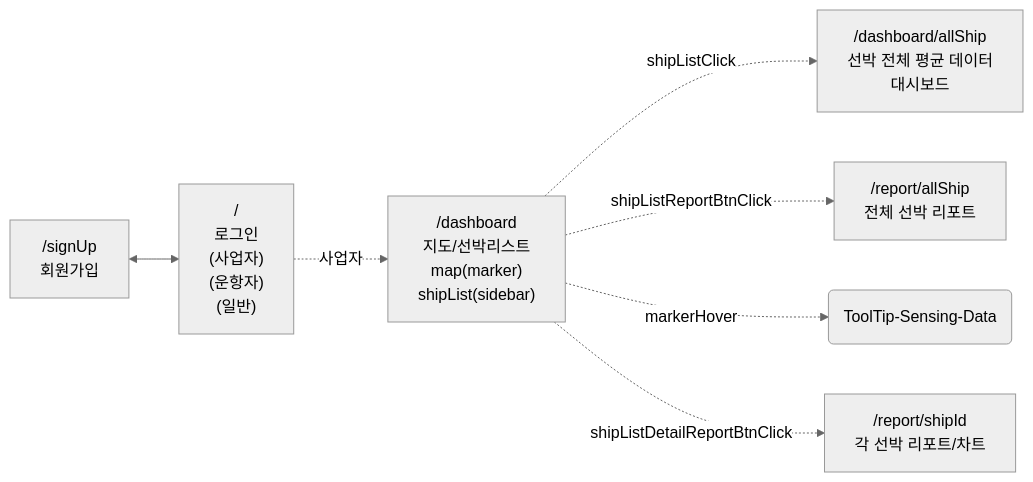
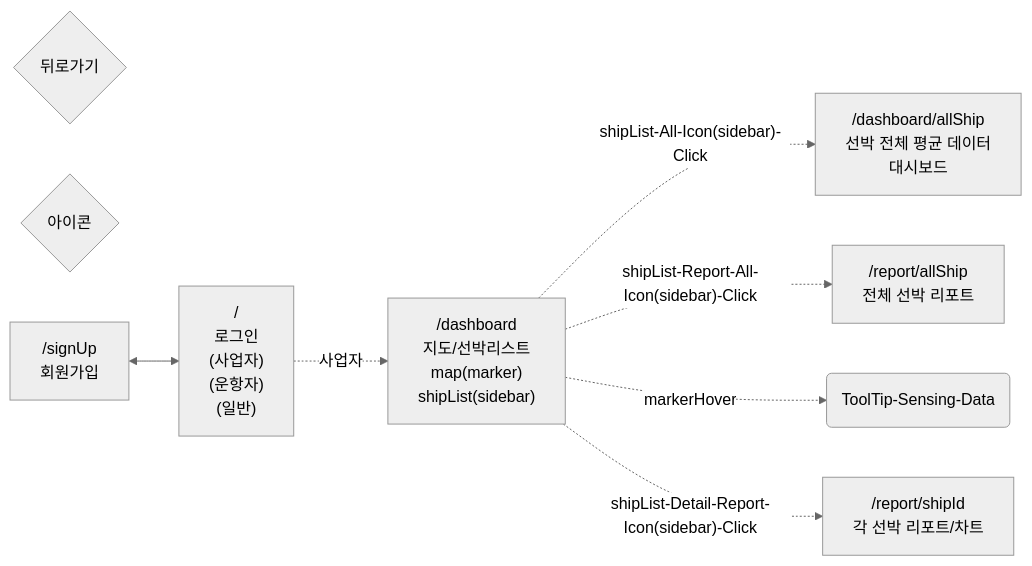
Before and after one commit to SAHA-YJB/IoT-page-flow: the diagram in ioTUserFlow.md, drawn with Mermaid (neutral theme).

Commit message:
edit side bar

````diff
--- a/ioTUserFlow.md
+++ b/ioTUserFlow.md
@@ -3,34 +3,37 @@
 ```mermaid
 flowchart LR
+   뒤로가기{뒤로가기}
+   아이콘{아이콘}
+
    회원가입["`/signUp
    회원가입`"]
 
    통합로그인["`/
    로그인
    (사업자)
    (운항자)
    (일반)`"]
 
    사업자["`/dashboard
    지도/선박리스트
    map(marker)
    shipList(sidebar)
    `"]
 
    대시보드["`/dashboard/allShip
    선박 전체 평균 데이터
    대시보드`"]
 
    전체리포트["`/report/allShip
    전체 선박 리포트`"]
 
    각선박리포트차트["`/report/shipId
    각 선박 리포트/차트`"]
 
    회원가입 <--> 통합로그인
    통합로그인-. 사업자 .-> 사업자
-   사업자-. shipListClick .-> 대시보드
-   사업자-. shipListReportBtnClick .-> 전체리포트
+   사업자-. shipList-All-Icon(sidebar)-Click .-> 대시보드
+   사업자-. shipList-Report-All-Icon(sidebar)-Click .-> 전체리포트
    사업자-. markerHover .-> 툴팁(ToolTip-Sensing-Data)
-   사업자-. shipListDetailReportBtnClick .-> 각선박리포트차트
+   사업자-. shipList-Detail-Report-Icon(sidebar)-Click .-> 각선박리포트차트
 ```
````
